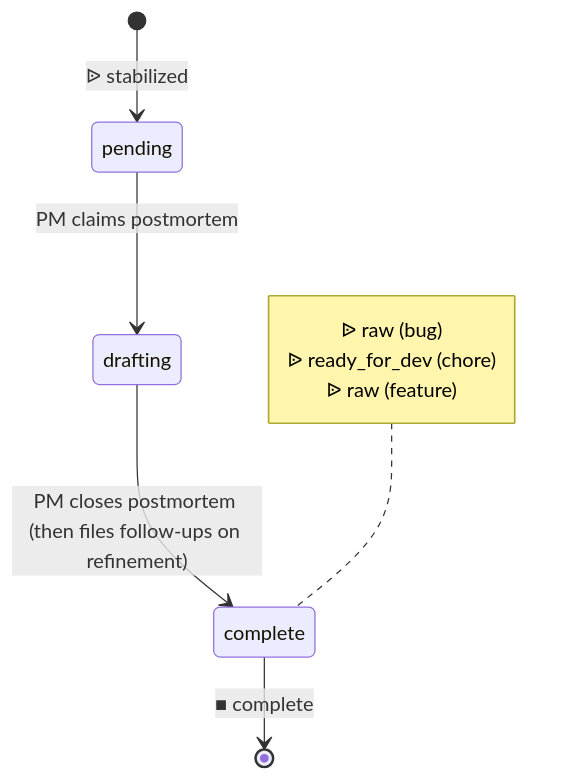
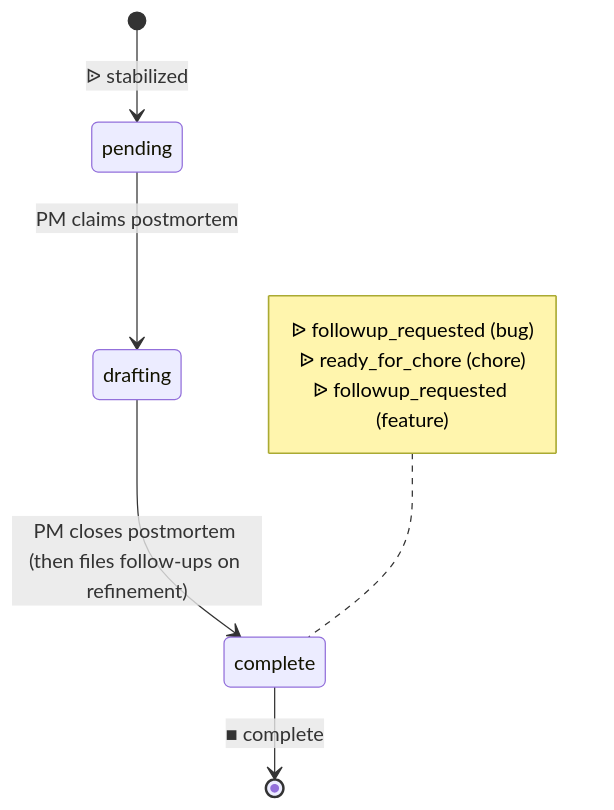
Before and after one commit to blemees/blemees-workflow: the diagram in examples/workflows/postmortem.md, drawn with Mermaid. The commit also changed other lines of this file and 22 other files, not shown here.

````diff
--- a/examples/workflows/postmortem.md
+++ b/examples/workflows/postmortem.md
@@ -13,20 +13,20 @@
 ```mermaid
 stateDiagram-v2
     direction TB
     %% Cross-process interfaces:
-    %%   Spawn:   complete → process (derived from initial_state) (issue_type=bug, initial=raw)
-    %%   Spawn:   complete → process inner-loop (issue_type=chore, initial=ready_for_dev)
-    %%   Spawn:   complete → process (derived from initial_state) (issue_type=feature, initial=raw)
+    %%   Spawn:   complete → process (derived from initial_state) (issue_type=bug, initial=followup_requested)
+    %%   Spawn:   complete → process inner-loop (issue_type=chore, initial=ready_for_chore)
+    %%   Spawn:   complete → process (derived from initial_state) (issue_type=feature, initial=followup_requested)
     %%
 
     pending --> drafting: PM claims postmortem
     drafting --> complete: PM closes postmortem (then files follow-ups on refinement)
     complete --> [*]: ■ complete
     [*] --> pending: ᐉ stabilized
 
     note left of complete
-        ᐉ raw (bug)
-        ᐉ ready_for_dev (chore)
-        ᐉ raw (feature)
+        ᐉ followup_requested (bug)
+        ᐉ ready_for_chore (chore)
+        ᐉ followup_requested (feature)
     end note
 ```
````
